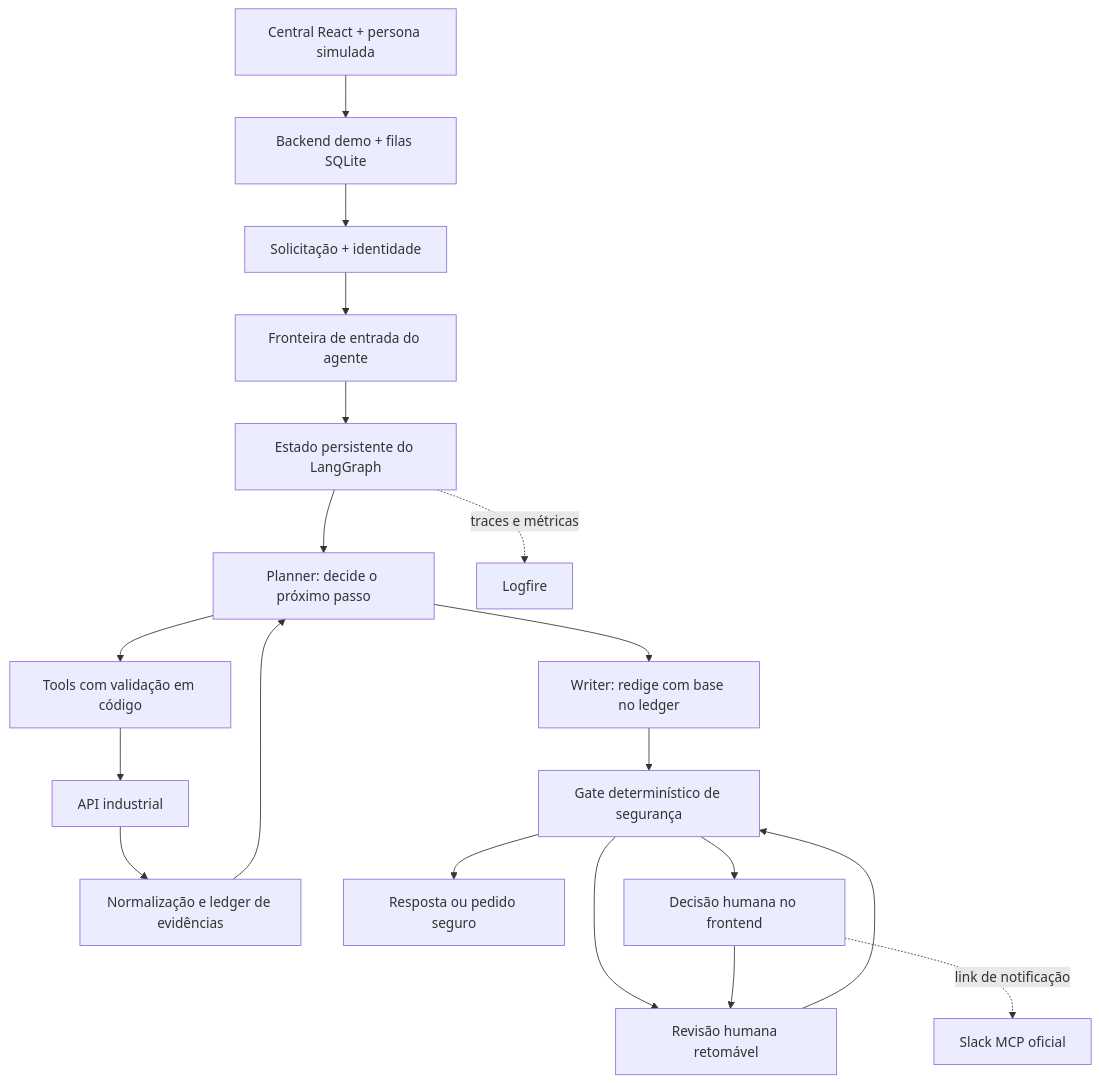
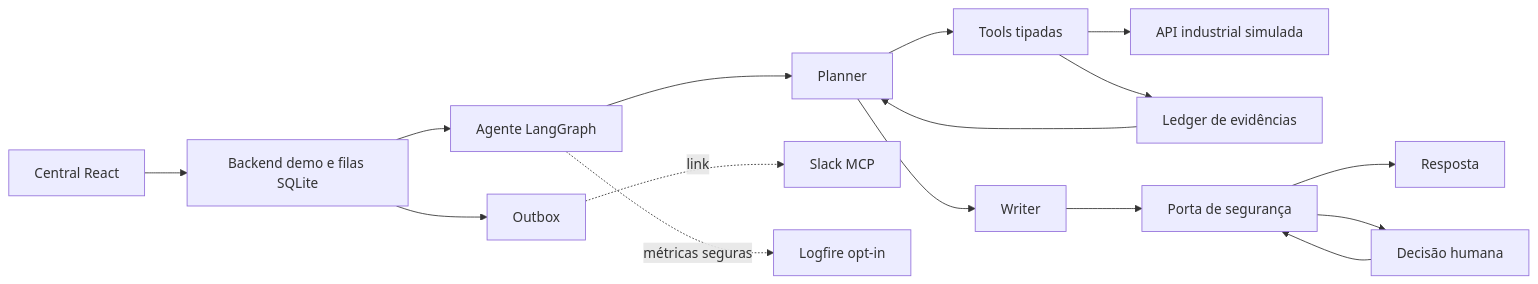
One commit to leeunam/case-TRACTIAN-IA changed the diagram in README.md. Above: the diagram before and after it, drawn with Mermaid. The commit also changed other lines of this file and 3 other files, not shown here.

````diff
--- a/README.md
+++ b/README.md
@@ -21,21 +50,18 @@
 ```mermaid
-flowchart TD
-    UI[Central React + persona simulada] --> DEMO[Backend demo + filas SQLite]
-    DEMO --> A[Solicitação + identidade]
-    A --> B[Fronteira de entrada do agente]
-    B --> C[Estado persistente do LangGraph]
-    C --> D[Planner: decide o próximo passo]
-    D --> E[Tools com validação em código]
-    E --> F[API industrial]
-    F --> G[Normalização e ledger de evidências]
-    G --> D
-    D --> H[Writer: redige com base no ledger]
-    H --> I[Gate determinístico de segurança]
-    I --> J[Resposta ou pedido seguro]
-    I --> L[Revisão humana retomável]
-    L --> I
-    I --> Q[Decisão humana no frontend]
-    Q --> L
-    Q -. link de notificação .-> S[Slack MCP oficial]
-    C -. traces e métricas .-> K[Logfire]
+flowchart LR
+    UI[Central React] --> DEMO[Backend demo e filas SQLite]
+    DEMO --> AGENT[Agente LangGraph]
+    AGENT --> PLAN[Planner]
+    PLAN --> TOOLS[Tools tipadas]
+    TOOLS --> API[API industrial simulada]
+    TOOLS --> LEDGER[Ledger de evidências]
+    LEDGER --> PLAN
+    PLAN --> WRITER[Writer]
+    WRITER --> GATE[Porta de segurança]
+    GATE --> ANSWER[Resposta]
+    GATE --> HUMAN[Decisão humana]
+    HUMAN --> GATE
+    DEMO --> OUTBOX[Outbox]
+    OUTBOX -. link .-> SLACK[Slack MCP]
+    AGENT -. métricas seguras .-> LOGFIRE[Logfire opt-in]
 ```
````
